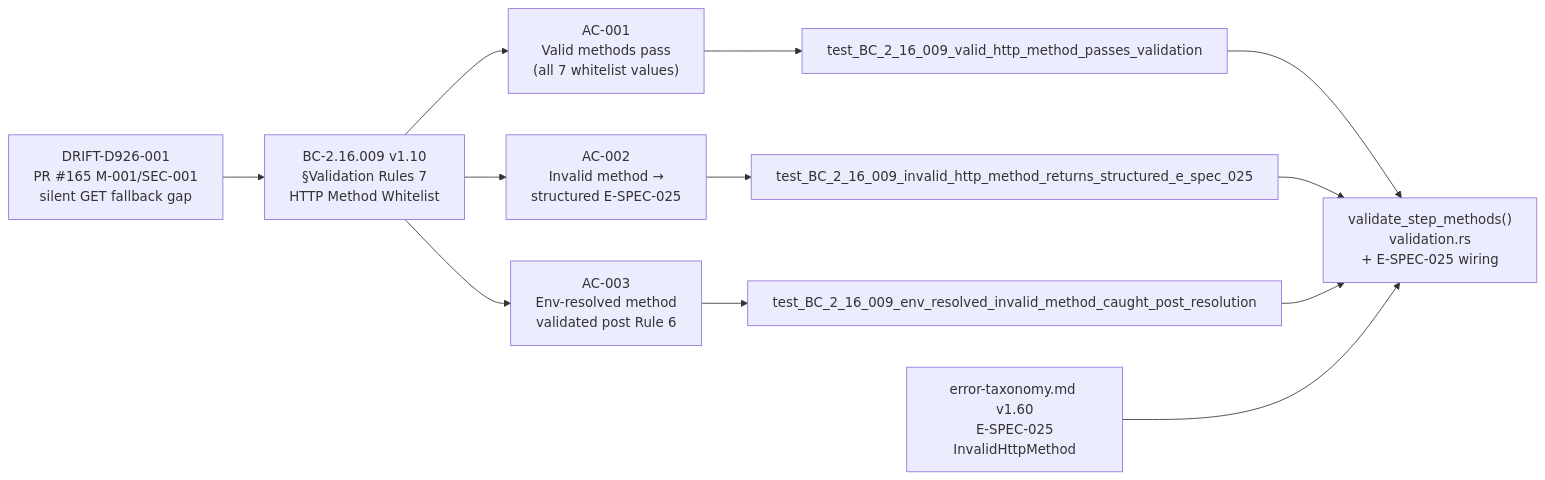
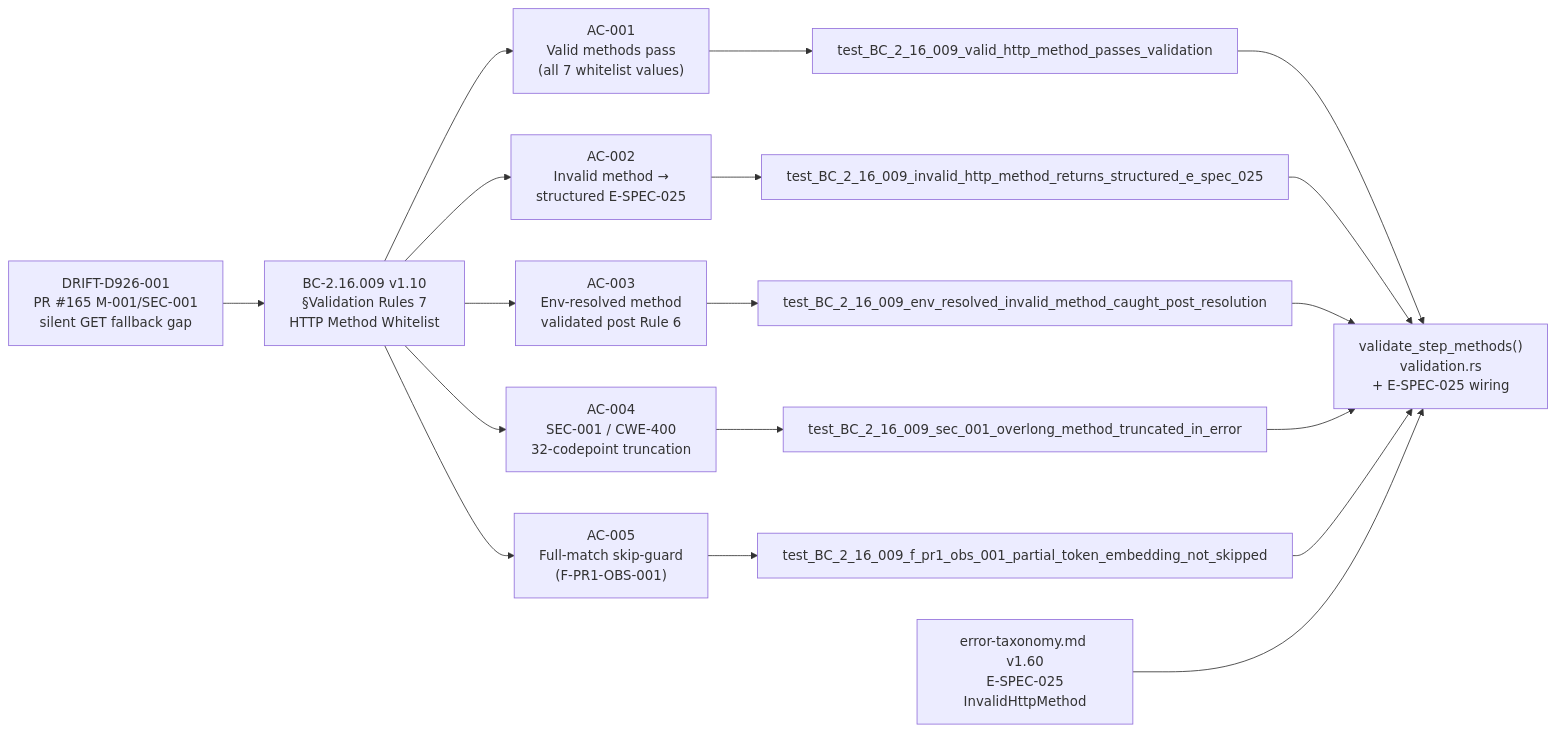
One commit to drbothen/prism changed the third of 3 diagrams in code-delivery/S-SPEC-HTTP-METHOD-VALIDATION-001/pr-description.md. Above: the diagram before and after it, drawn with Mermaid. The commit also changed other lines of this file and 1 other file, not shown here.

````diff
--- a/code-delivery/S-SPEC-HTTP-METHOD-VALIDATION-001/pr-description.md
+++ b/code-delivery/S-SPEC-HTTP-METHOD-VALIDATION-001/pr-description.md
@@ -56,22 +60,28 @@
 ```mermaid
 flowchart LR
     BC["BC-2.16.009 v1.10\n§Validation Rules 7\nHTTP Method Whitelist"]
     ET["error-taxonomy.md v1.60\nE-SPEC-025\nInvalidHttpMethod"]
     DRIFT["DRIFT-D926-001\nPR #165 M-001/SEC-001\nsilent GET fallback gap"]
 
     AC001["AC-001\nValid methods pass\n(all 7 whitelist values)"]
     AC002["AC-002\nInvalid method →\nstructured E-SPEC-025"]
     AC003["AC-003\nEnv-resolved method\nvalidated post Rule 6"]
+    AC004["AC-004\nSEC-001 / CWE-400\n32-codepoint truncation"]
+    AC005["AC-005\nFull-match skip-guard\n(F-PR1-OBS-001)"]
 
     RG001["test_BC_2_16_009_valid_http_method_passes_validation"]
     RG002["test_BC_2_16_009_invalid_http_method_returns_structured_e_spec_025"]
     RG003["test_BC_2_16_009_env_resolved_invalid_method_caught_post_resolution"]
+    RG004["test_BC_2_16_009_sec_001_overlong_method_truncated_in_error"]
+    RG005["test_BC_2_16_009_f_pr1_obs_001_partial_token_embedding_not_skipped"]
 
     IMPL["validate_step_methods()\nvalidation.rs\n+ E-SPEC-025 wiring"]
 
     BC --> AC001 --> RG001 --> IMPL
     BC --> AC002 --> RG002 --> IMPL
     BC --> AC003 --> RG003 --> IMPL
+    BC --> AC004 --> RG004 --> IMPL
+    BC --> AC005 --> RG005 --> IMPL
     ET --> IMPL
     DRIFT --> BC
 ```
````
